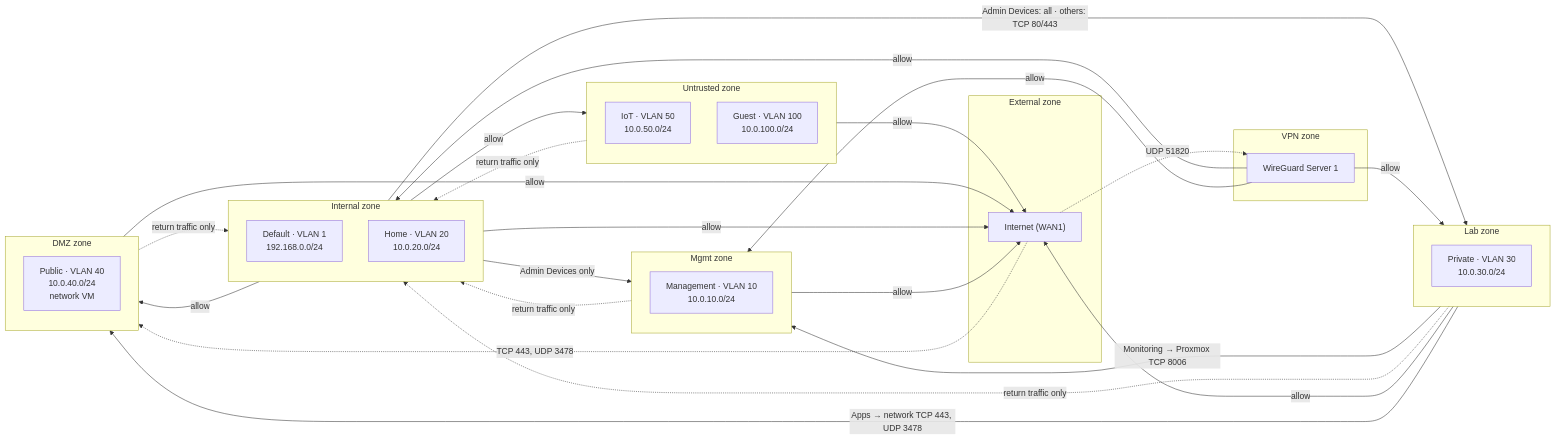
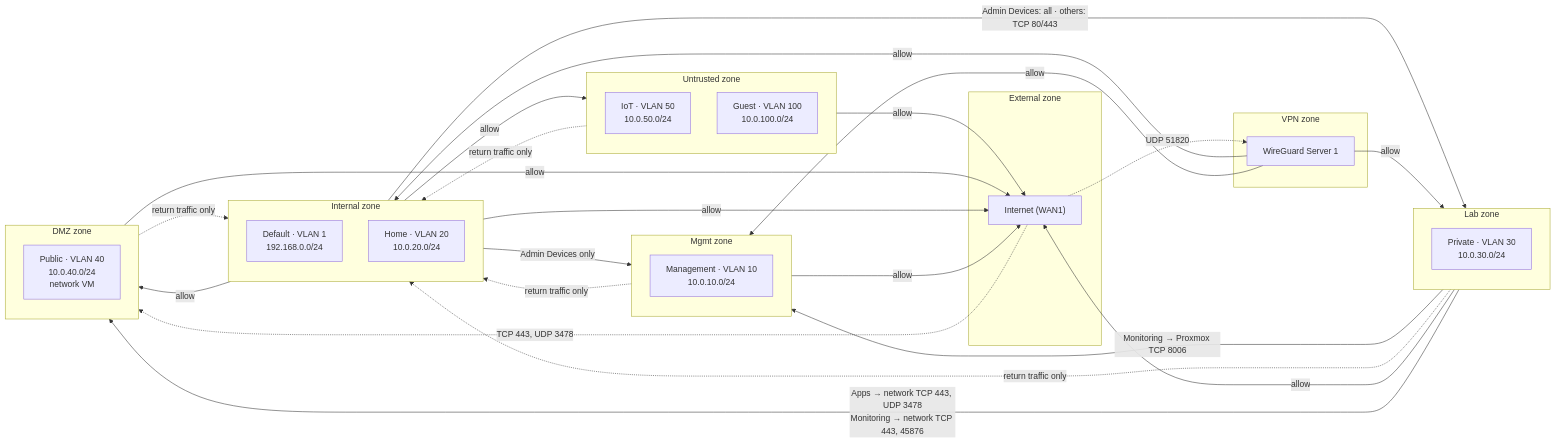
One commit to shaaz-f/home-server changed the second of 2 diagrams in README.md. Above: the diagram before and after it, drawn with Mermaid. The commit also changed 4 other files, not shown here.

Commit message:
Document monitoring of the network VM and NetBird policies

````diff
--- a/README.md
+++ b/README.md
@@ -52,47 +52,47 @@
 ```mermaid
 flowchart LR
     subgraph EXT["External zone"]
         WAN["Internet (WAN1)"]
     end
     subgraph INT["Internal zone"]
         DEF["Default · VLAN 1<br/>192.168.0.0/24"]
         HOME["Home · VLAN 20<br/>10.0.20.0/24"]
     end
     subgraph MGZ["Mgmt zone"]
         MGMT["Management · VLAN 10<br/>10.0.10.0/24"]
     end
     subgraph LABZ["Lab zone"]
         PRIV["Private · VLAN 30<br/>10.0.30.0/24"]
     end
     subgraph UNT["Untrusted zone"]
         IOT["IoT · VLAN 50<br/>10.0.50.0/24"]
         GST["Guest · VLAN 100<br/>10.0.100.0/24"]
     end
     subgraph DMZZ["DMZ zone"]
         PUB["Public · VLAN 40<br/>10.0.40.0/24<br/>network VM"]
     end
     subgraph VPNZ["VPN zone"]
         WG["WireGuard Server 1"]
     end
 
     INT -- "Admin Devices only" --> MGZ
     INT -- "Admin Devices: all · others: TCP 80/443" --> LABZ
     LABZ -- "Monitoring → Proxmox TCP 8006" --> MGZ
     INT -- "allow" --> UNT
     INT -- "allow" --> DMZZ
     MGZ -. "return traffic only" .-> INT
     LABZ -. "return traffic only" .-> INT
     UNT -. "return traffic only" .-> INT
     DMZZ -. "return traffic only" .-> INT
     UNT -- "allow" --> WAN
     DMZZ -- "allow" --> WAN
     INT -- "allow" --> WAN
     MGZ -- "allow" --> WAN
     LABZ -- "allow" --> WAN
     WG -- "allow" --> INT
     WG -- "allow" --> MGZ
     WG -- "allow" --> LABZ
-    LABZ -- "Apps → network TCP 443, UDP 3478" --> DMZZ
+    LABZ -- "Apps → network TCP 443, UDP 3478<br/>Monitoring → network TCP 443, 45876" --> DMZZ
     WAN -. "UDP 51820" .-> WG
     WAN -. "TCP 443, UDP 3478" .-> DMZZ
 ```
````
